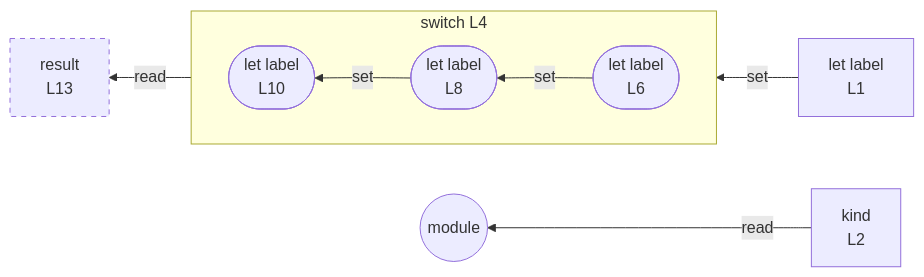
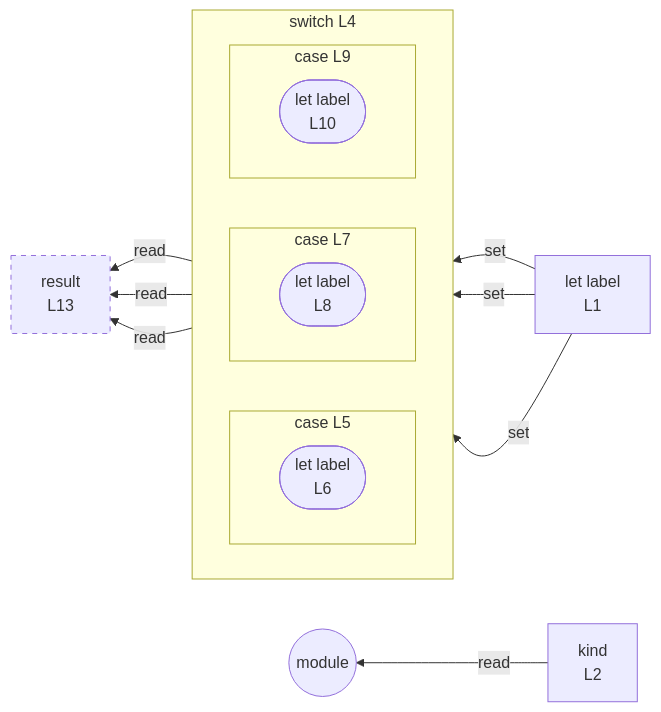
The diagram in integration/fixtures/control-switch-fallthrough/preview.md (crescware/unsnarl), drawn with Mermaid before and after one commit. The commit also changed 11 other files, not shown here.

````diff
--- a/integration/fixtures/control-switch-fallthrough/preview.md
+++ b/integration/fixtures/control-switch-fallthrough/preview.md
@@ -23,20 +23,31 @@
 ```mermaid
 flowchart RL
   n_scope_0_label_4["let label<br/>L1"]
   n_scope_0_kind_22["kind<br/>L2"]
   n_scope_0_result_157["result<br/>L13"]
   subgraph s_scope_1["switch L4"]
     direction RL
-    wr_ref_1(["let label<br/>L6"])
-    wr_ref_2(["let label<br/>L8"])
-    wr_ref_3(["let label<br/>L10"])
+    subgraph s_scope_2["case L5"]
+      direction RL
+      wr_ref_1(["let label<br/>L6"])
+    end
+    subgraph s_scope_3["case L7"]
+      direction RL
+      wr_ref_2(["let label<br/>L8"])
+    end
+    subgraph s_scope_4["case L9"]
+      direction RL
+      wr_ref_3(["let label<br/>L10"])
+    end
   end
   n_scope_0_label_4 -->|set| wr_ref_1
-  wr_ref_1 -->|set| wr_ref_2
-  wr_ref_2 -->|set| wr_ref_3
+  n_scope_0_label_4 -->|set| wr_ref_2
+  n_scope_0_label_4 -->|set| wr_ref_3
   n_scope_0_kind_22 -->|read| module_root
+  wr_ref_1 -->|read| n_scope_0_result_157
+  wr_ref_2 -->|read| n_scope_0_result_157
   wr_ref_3 -->|read| n_scope_0_result_157
   module_root((module))
   classDef unused stroke-dasharray: 5 5;
   class n_scope_0_result_157 unused;
 ```
````
